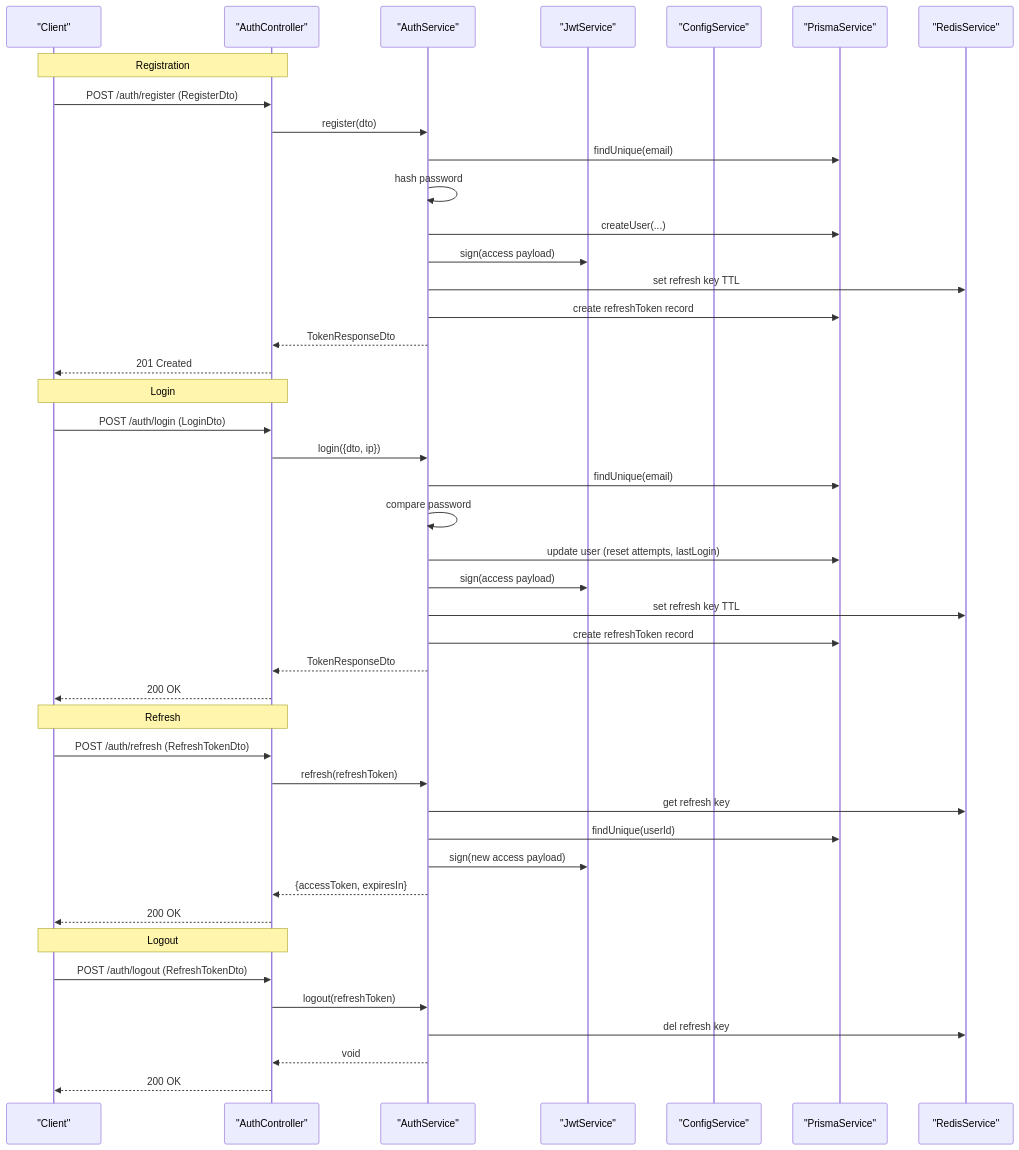
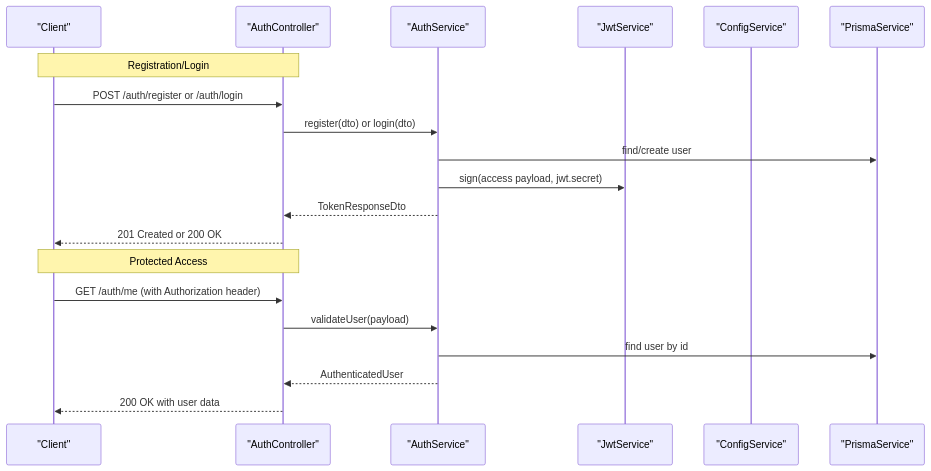
The fifth of 8 diagrams in .qoder/repowiki/en/content/Core Modules/Authentication Module.md (Avi-Bendetsky/Quiz-to-build), drawn with Mermaid before and after one commit. The commit also changed other lines of this file and 41 other files, not shown here.

````diff
--- a/.qoder/repowiki/en/content/Core Modules/Authentication Module.md
+++ b/.qoder/repowiki/en/content/Core Modules/Authentication Module.md
@@ -237,46 +243,22 @@
 ```mermaid
 sequenceDiagram
 participant C as "Client"
 participant CTRL as "AuthController"
 participant SVC as "AuthService"
 participant JWT as "JwtService"
 participant CFG as "ConfigService"
 participant DB as "PrismaService"
-participant RC as "RedisService"
-Note over C,CTRL : Registration
-C->>CTRL : POST /auth/register (RegisterDto)
-CTRL->>SVC : register(dto)
-SVC->>DB : findUnique(email)
-SVC->>SVC : hash password
-SVC->>DB : createUser(...)
-SVC->>JWT : sign(access payload)
-SVC->>RC : set refresh key TTL
-SVC->>DB : create refreshToken record
+Note over C,CTRL : Registration/Login
+C->>CTRL : POST /auth/register or /auth/login
+CTRL->>SVC : register(dto) or login(dto)
+SVC->>DB : find/create user
+SVC->>JWT : sign(access payload, jwt.secret)
 SVC-->>CTRL : TokenResponseDto
-CTRL-->>C : 201 Created
-Note over C,CTRL : Login
-C->>CTRL : POST /auth/login (LoginDto)
-CTRL->>SVC : login({dto, ip})
-SVC->>DB : findUnique(email)
-SVC->>SVC : compare password
-SVC->>DB : update user (reset attempts, lastLogin)
-SVC->>JWT : sign(access payload)
-SVC->>RC : set refresh key TTL
-SVC->>DB : create refreshToken record
-SVC-->>CTRL : TokenResponseDto
-CTRL-->>C : 200 OK
-Note over C,CTRL : Refresh
-C->>CTRL : POST /auth/refresh (RefreshTokenDto)
-CTRL->>SVC : refresh(refreshToken)
-SVC->>RC : get refresh key
-SVC->>DB : findUnique(userId)
-SVC->>JWT : sign(new access payload)
-SVC-->>CTRL : {accessToken, expiresIn}
-CTRL-->>C : 200 OK
-Note over C,CTRL : Logout
-C->>CTRL : POST /auth/logout (RefreshTokenDto)
-CTRL->>SVC : logout(refreshToken)
-SVC->>RC : del refresh key
-SVC-->>CTRL : void
-CTRL-->>C : 200 OK
+CTRL-->>C : 201 Created or 200 OK
+Note over C,CTRL : Protected Access
+C->>CTRL : GET /auth/me (with Authorization header)
+CTRL->>SVC : validateUser(payload)
+SVC->>DB : find user by id
+SVC-->>CTRL : AuthenticatedUser
+CTRL-->>C : 200 OK with user data
 ```
````
